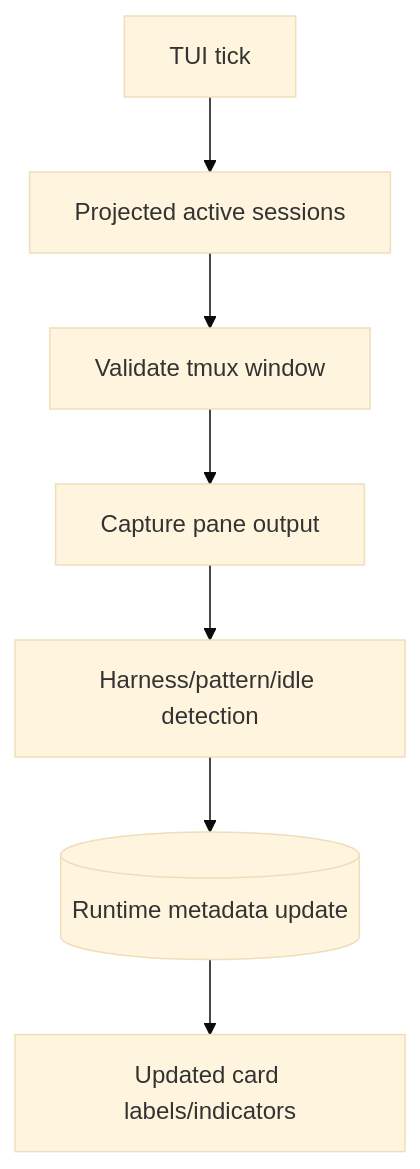
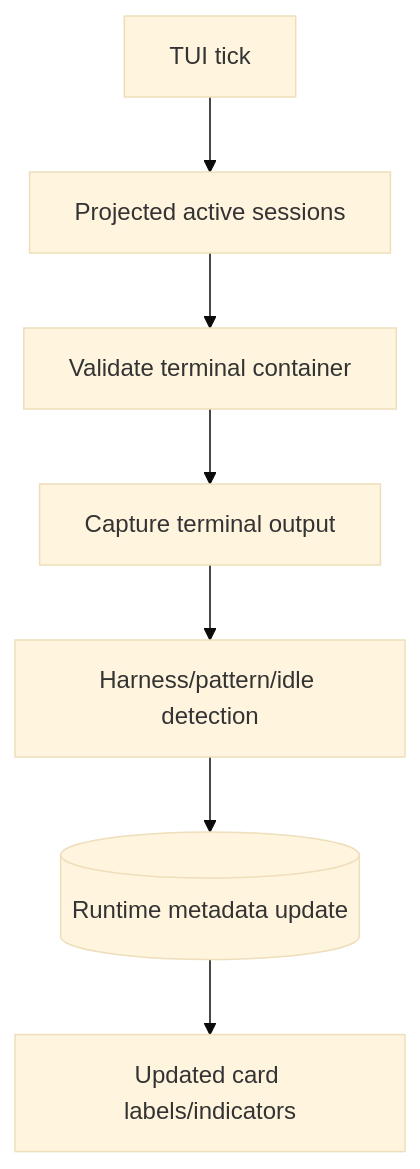
The fifth of 5 diagrams in docs/architecture.md (carlotran4/kanbi), drawn with Mermaid (base theme) before and after one commit. The commit also changed other lines of this file and 12 other files, not shown here.

````diff
--- a/docs/architecture.md
+++ b/docs/architecture.md
@@ -168,9 +168,9 @@
 ```mermaid
 flowchart TD
     Tick[TUI tick] --> Active[Projected active sessions]
-    Active --> Validate[Validate tmux window]
-    Validate --> Capture[Capture pane output]
+    Active --> Validate[Validate terminal container]
+    Validate --> Capture[Capture terminal output]
     Capture --> Detect[Harness/pattern/idle detection]
     Detect --> Store[(Runtime metadata update)]
     Store --> TUI[Updated card labels/indicators]
 ```
````
